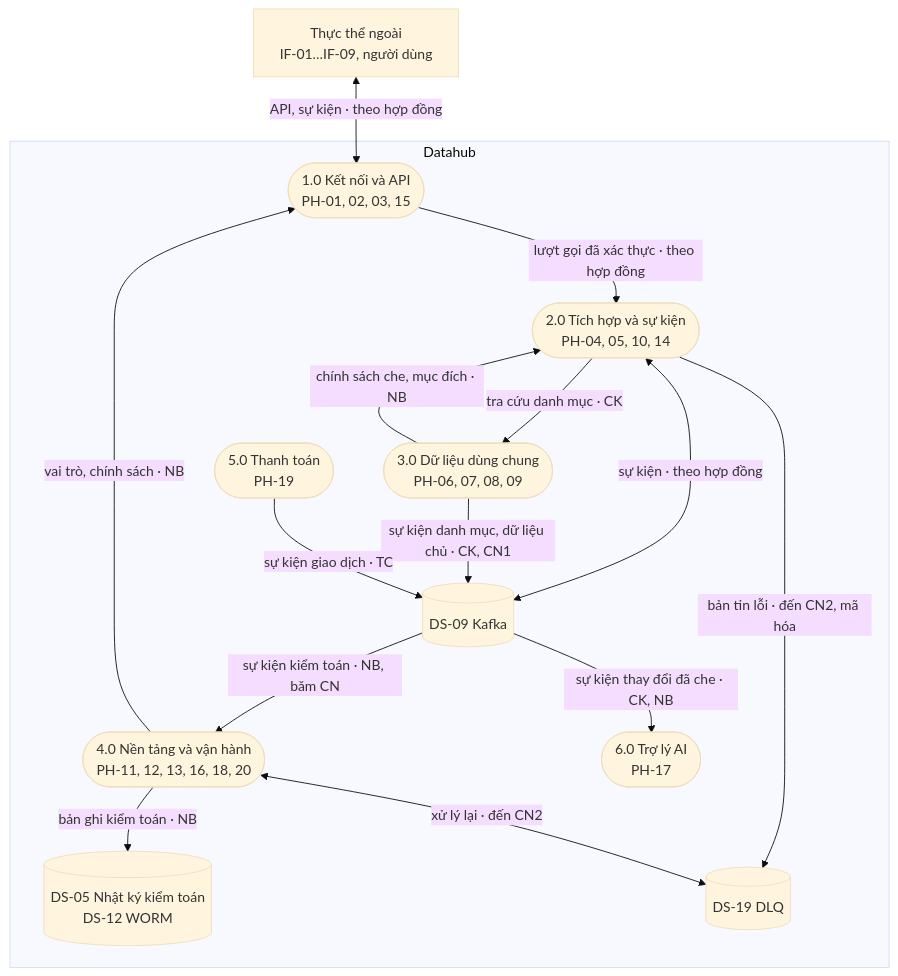
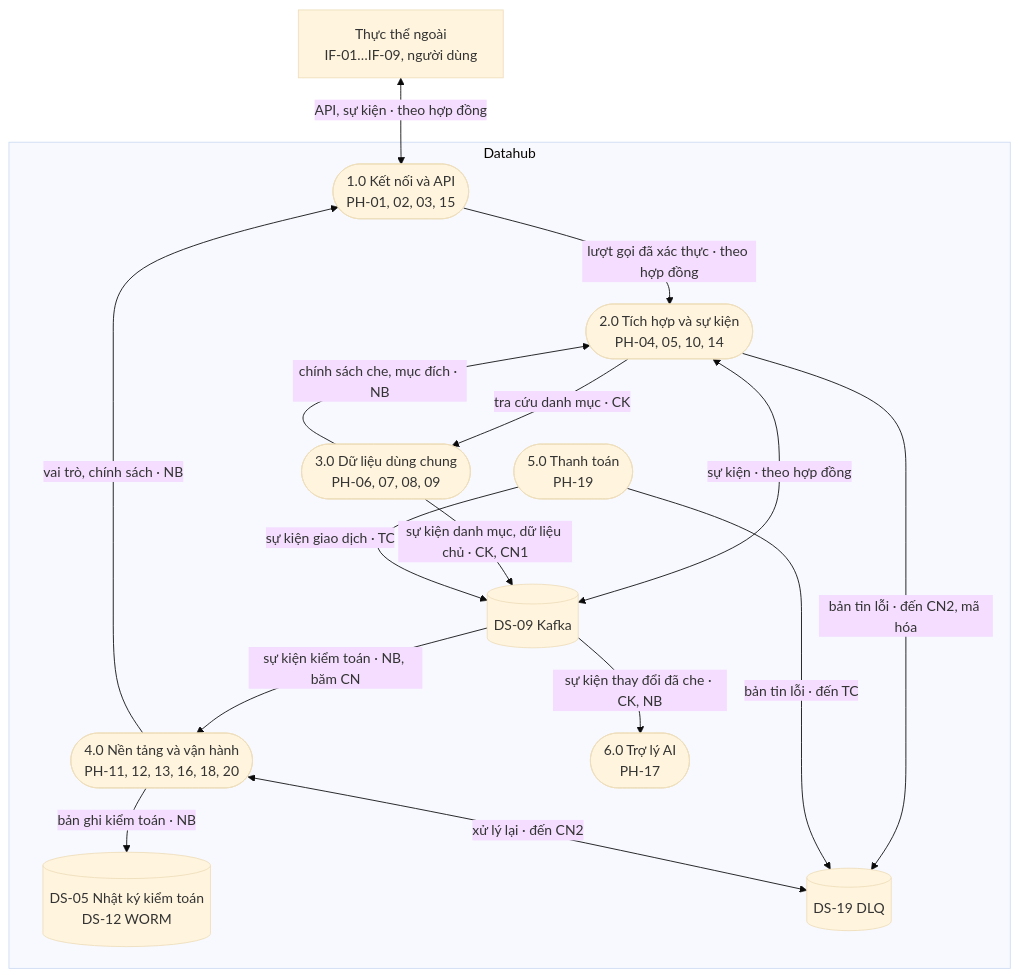
One commit to caprocute/DATAHUB changed the third of 17 diagrams in datahub-docs/02-yeu-cau/D02-06-dfd-phan-loai-du-lieu.md. Above: the diagram before and after it, drawn with Mermaid (base theme). The commit also changed other lines of this file, not shown here.

````diff
--- a/datahub-docs/02-yeu-cau/D02-06-dfd-phan-loai-du-lieu.md
+++ b/datahub-docs/02-yeu-cau/D02-06-dfd-phan-loai-du-lieu.md
@@ -265,28 +267,29 @@
 ```{.mermaid caption="DFD mức 1 tổng thể: sáu miền, kho dùng chung và nhóm dữ liệu trên luồng"}
 flowchart TB
   EXT["Thực thể ngoài<br/>IF-01…IF-09, người dùng"]
   subgraph DH[Datahub]
     P1(["1.0 Kết nối và API<br/>PH-01, 02, 03, 15"])
     P2(["2.0 Tích hợp và sự kiện<br/>PH-04, 05, 10, 14"])
     P3(["3.0 Dữ liệu dùng chung<br/>PH-06, 07, 08, 09"])
     P4(["4.0 Nền tảng và vận hành<br/>PH-11, 12, 13, 16, 18, 20"])
     P5(["5.0 Thanh toán<br/>PH-19"])
     P6(["6.0 Trợ lý AI<br/>PH-17"])
     K[("DS-09 Kafka")]
     A[("DS-05 Nhật ký kiểm toán<br/>DS-12 WORM")]
     D[("DS-19 DLQ")]
   end
   EXT <-->|"API, sự kiện · theo hợp đồng"| P1
   P1 -->|"lượt gọi đã xác thực · theo hợp đồng"| P2
   P2 <-->|"sự kiện · theo hợp đồng"| K
   P2 -->|"bản tin lỗi · đến CN2, mã hóa"| D
   P3 -->|"sự kiện danh mục, dữ liệu chủ · CK, CN1"| K
   P5 -->|"sự kiện giao dịch · TC"| K
+  P5 -->|"bản tin lỗi · đến TC"| D
   P2 -->|"tra cứu danh mục · CK"| P3
   P3 -->|"chính sách che, mục đích · NB"| P2
   P4 -->|"vai trò, chính sách · NB"| P1
   K -->|"sự kiện kiểm toán · NB, băm CN"| P4
   P4 -->|"bản ghi kiểm toán · NB"| A
   P4 <-->|"xử lý lại · đến CN2"| D
   K -->|"sự kiện thay đổi đã che · CK, NB"| P6
 ```
````
